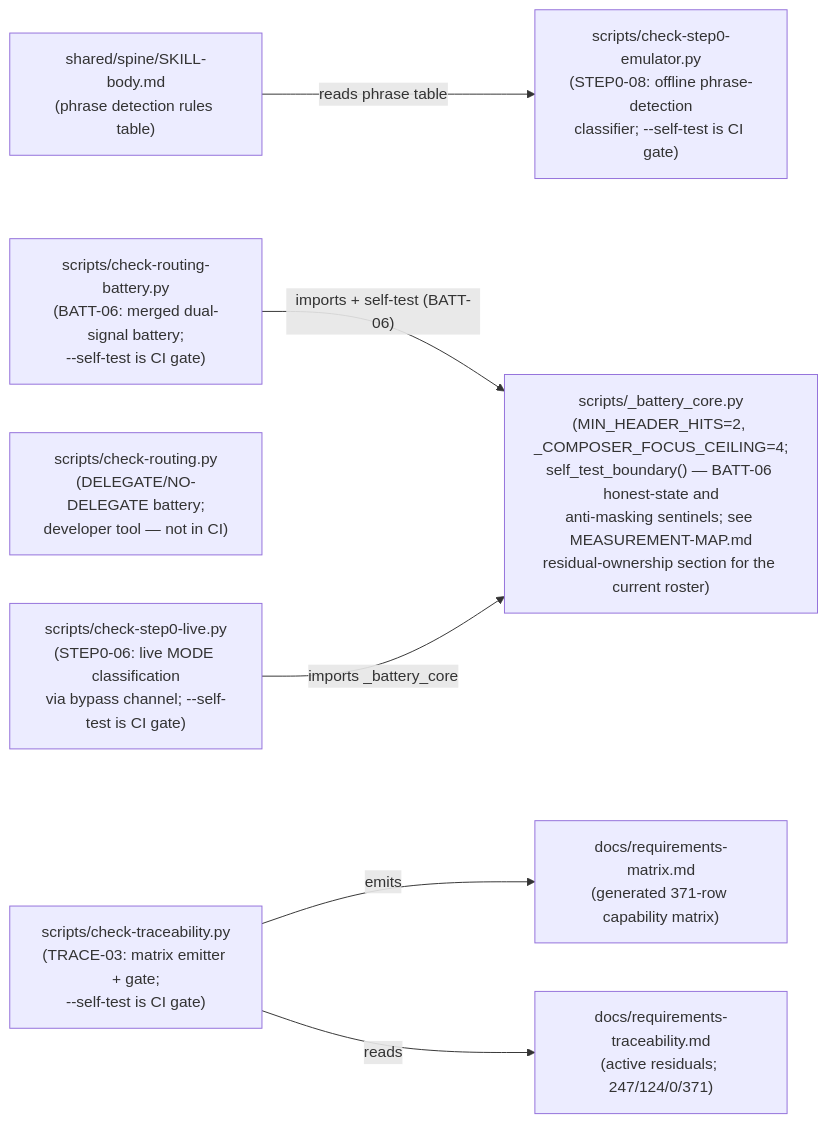
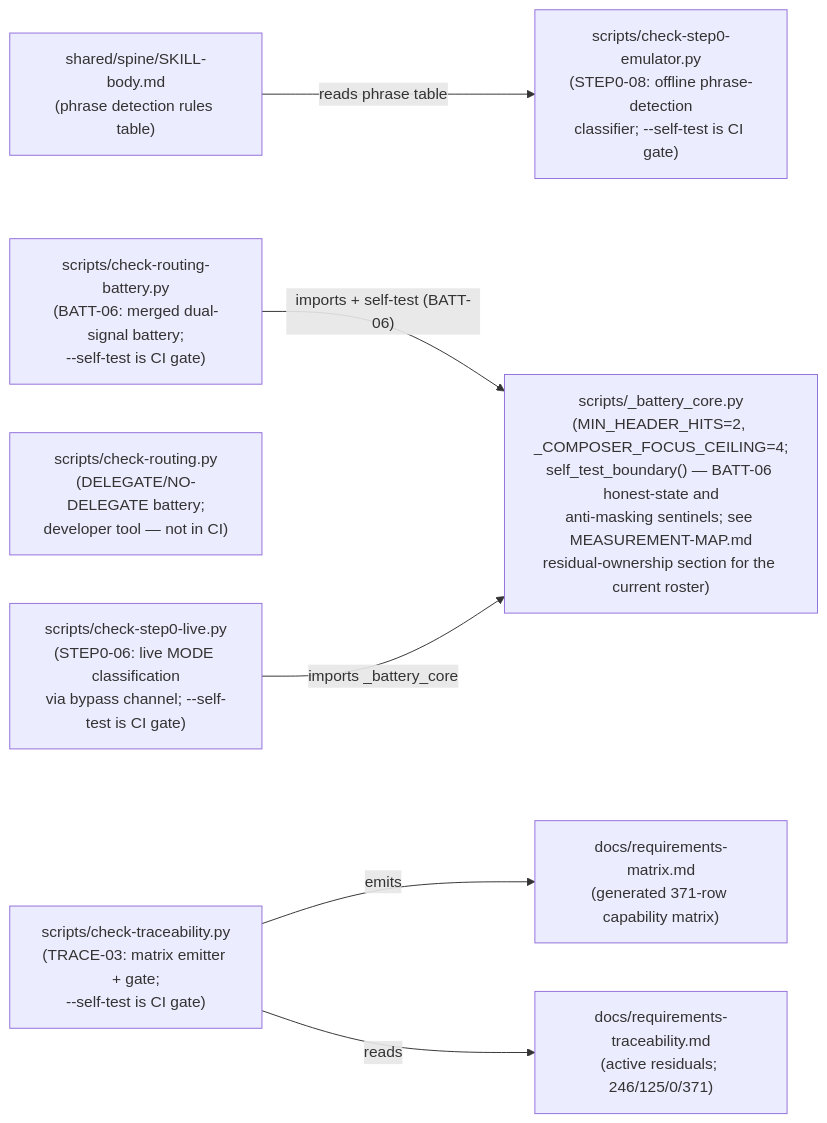
One commit to chrisdavidson/first-principles-skill changed the second of 2 diagrams in docs/COMPONENT-DIAGRAM.md. Above: the diagram before and after it, drawn with Mermaid. The commit also changed 9 other files, not shown here.

````diff
--- a/docs/COMPONENT-DIAGRAM.md
+++ b/docs/COMPONENT-DIAGRAM.md
@@ -84,24 +84,24 @@
 ```mermaid
 flowchart LR
     SKILLBODY["shared/spine/SKILL-body.md\n(phrase detection rules table)"]
 
     CORE["scripts/_battery_core.py\n(MIN_HEADER_HITS=2, _COMPOSER_FOCUS_CEILING=4;\nself_test_boundary() — BATT-06 honest-state and\nanti-masking sentinels; see MEASUREMENT-MAP.md\nresidual-ownership section for the current roster)"]
 
     BATT["scripts/check-routing-battery.py\n(BATT-06: merged dual-signal battery;\n--self-test is CI gate)"]
     ROUTING["scripts/check-routing.py\n(DELEGATE/NO-DELEGATE battery;\ndeveloper tool — not in CI)"]
 
     EMU["scripts/check-step0-emulator.py\n(STEP0-08: offline phrase-detection\nclassifier; --self-test is CI gate)"]
     LIVE["scripts/check-step0-live.py\n(STEP0-06: live MODE classification\nvia bypass channel; --self-test is CI gate)"]
 
     TRACE["scripts/check-traceability.py\n(TRACE-03: matrix emitter + gate;\n--self-test is CI gate)"]
     MATRIX["docs/requirements-matrix.md\n(generated 371-row capability matrix)"]
-    TRACEABILITY["docs/requirements-traceability.md\n(active residuals; 247/124/0/371)"]
+    TRACEABILITY["docs/requirements-traceability.md\n(active residuals; 246/125/0/371)"]
 
     SKILLBODY -->|"reads phrase table"| EMU
 
     BATT -->|"imports + self-test (BATT-06)"| CORE
     LIVE -->|"imports _battery_core"| CORE
 
     TRACE -->|"emits"| MATRIX
     TRACE -->|"reads"| TRACEABILITY
 ```
````
